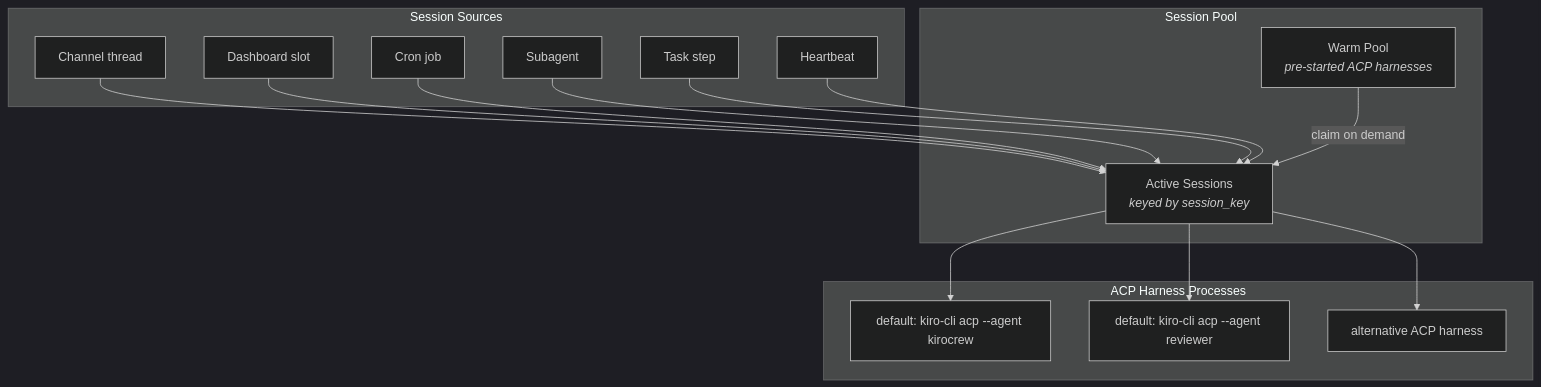
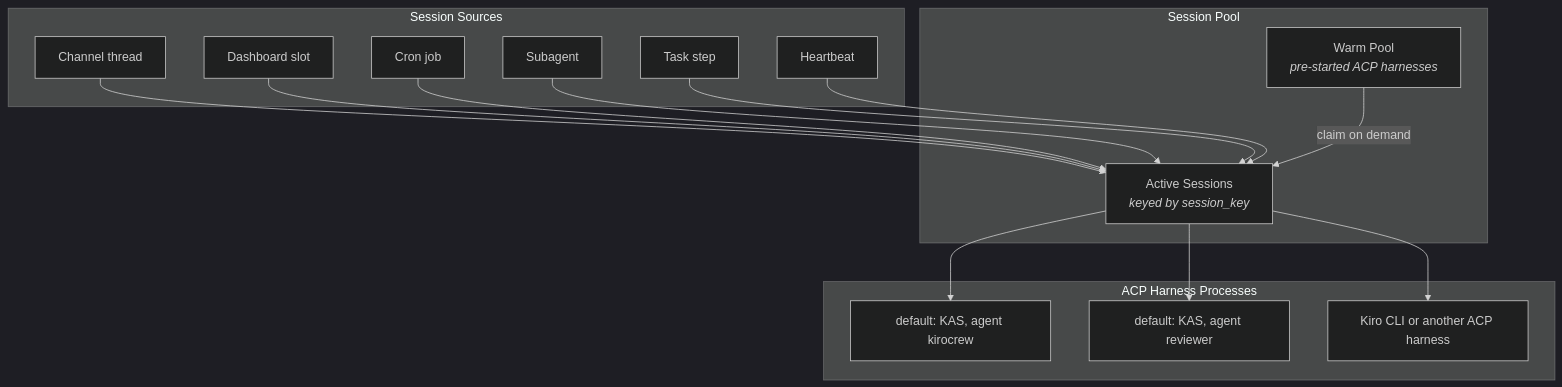
The fourth of 9 diagrams in docs/architecture/overview.md (kirodotdev/KiroCrew), drawn with Mermaid (dark theme) before and after one commit. The commit also changed other lines of this file and 3 other files, not shown here.

Commit message:
docs(architecture): name KAS as the default harness and drop closed issue numbers

````diff
--- a/docs/architecture/overview.md
+++ b/docs/architecture/overview.md
@@ -250,34 +253,34 @@
 ```mermaid
 graph TB
     subgraph "Session Sources"
         S1[Channel thread]
         S2[Dashboard slot]
         S3[Cron job]
         S4[Subagent]
         S5[Task step]
         S6[Heartbeat]
     end
 
     subgraph "Session Pool"
         WARM[Warm Pool<br/><i>pre-started ACP harnesses</i>]
         ACTIVE[Active Sessions<br/><i>keyed by session_key</i>]
     end
 
     subgraph "ACP Harness Processes"
-        P1[default: kiro-cli acp --agent kirocrew]
-        P2[default: kiro-cli acp --agent reviewer]
-        P3[alternative ACP harness]
+        P1[default: KAS, agent kirocrew]
+        P2[default: KAS, agent reviewer]
+        P3[Kiro CLI or another ACP harness]
     end
 
     S1 --> ACTIVE
     S2 --> ACTIVE
     S3 --> ACTIVE
     S4 --> ACTIVE
     S5 --> ACTIVE
     S6 --> ACTIVE
 
     WARM --> |"claim on demand"| ACTIVE
     ACTIVE --> P1
     ACTIVE --> P2
     ACTIVE --> P3
 ```
````
